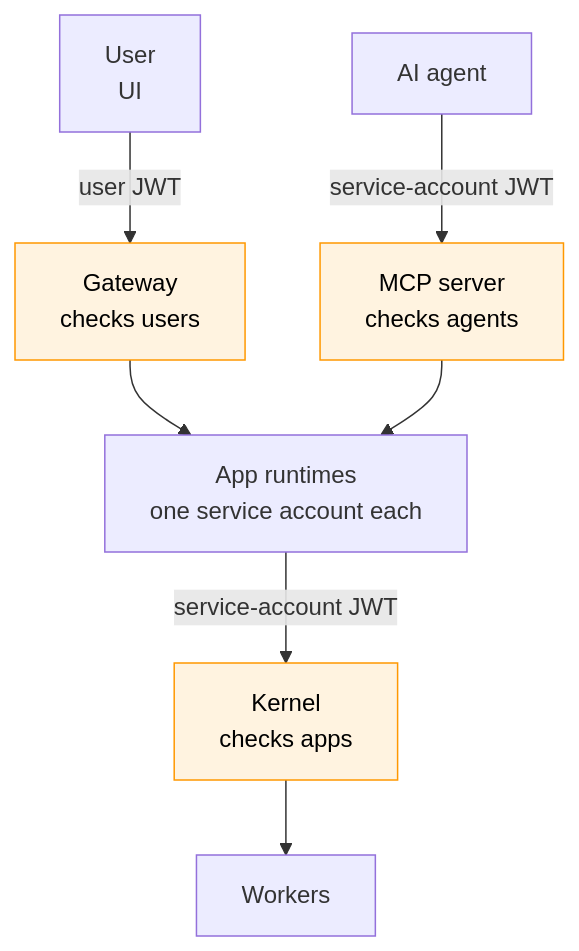
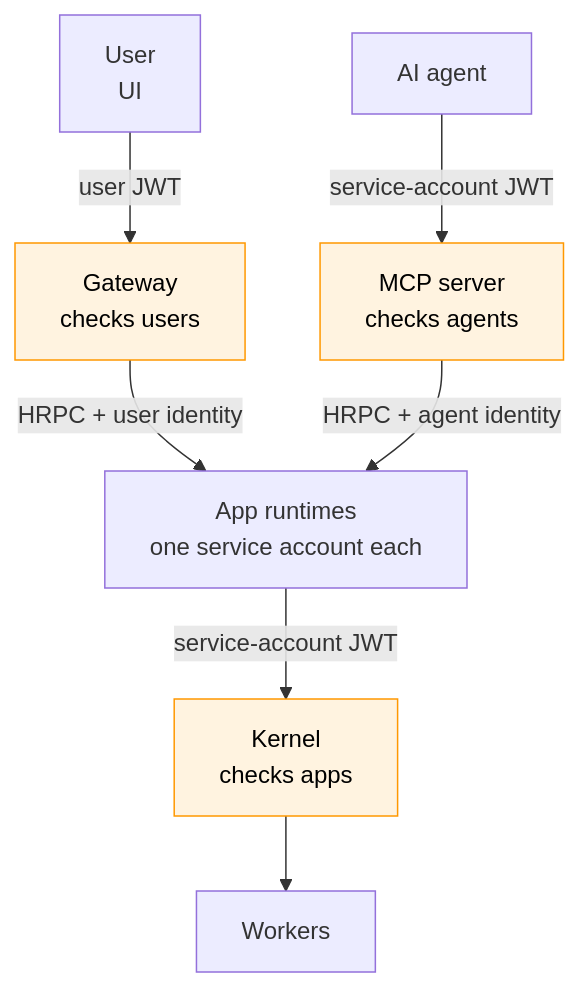
The first of 2 diagrams in docs/hld-gateway-auth-rbac.md (ankit-tether/mdk-be), drawn with Mermaid before and after one commit. The commit also changed other lines of this file and 2 other files, not shown here.

````diff
--- a/docs/hld-gateway-auth-rbac.md
+++ b/docs/hld-gateway-auth-rbac.md
@@ -37,12 +37,12 @@
 ```mermaid
 flowchart TD
   U["User<br/>UI"] -->|"user JWT"| GW["Gateway<br/>checks users"]
   AG["AI agent"] -->|"service-account JWT"| MS["MCP server<br/>checks agents"]
-  GW --> AR["App runtimes<br/>one service account each"]
-  MS --> AR
+  GW -->|"HRPC + user identity"| AR["App runtimes<br/>one service account each"]
+  MS -->|"HRPC + agent identity"| AR
   AR -->|"service-account JWT"| K["Kernel<br/>checks apps"]
   K --> W["Workers"]
 
   classDef check fill:#fff3e0,stroke:#ff9800,color:#000
   class GW,MS,K check
 ```
````
